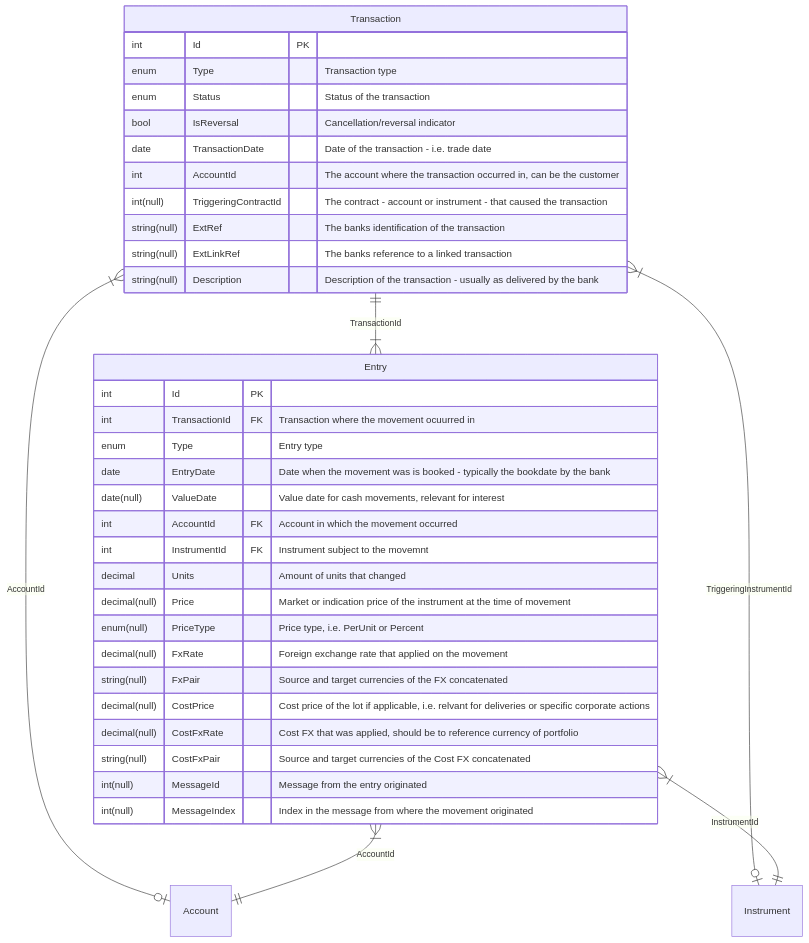
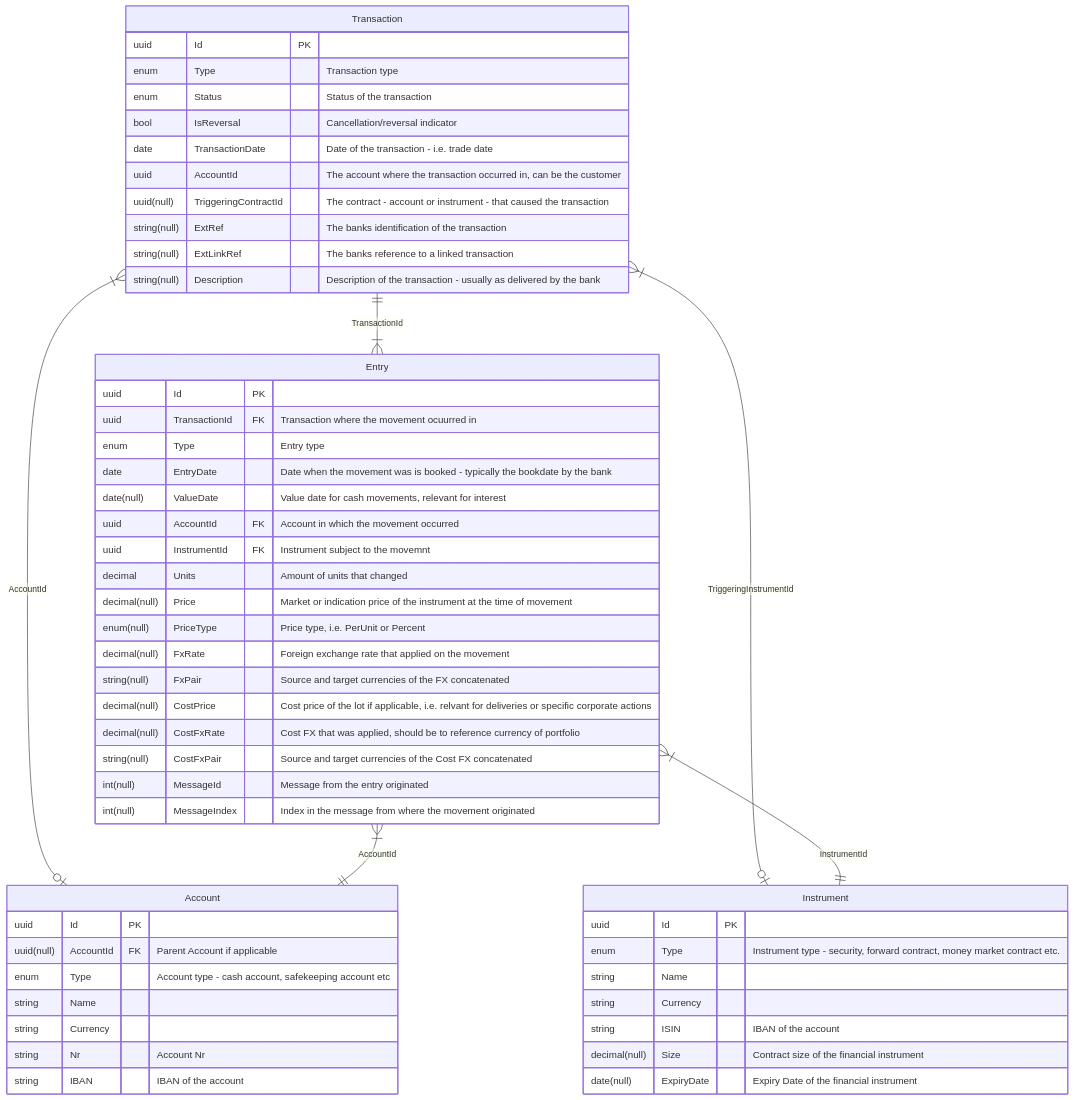
Before and after one commit to wealthledger/docu: the second of 5 diagrams in README.md, drawn with Mermaid. The commit also changed other lines of this file, not shown here.

````diff
--- a/README.md
+++ b/README.md
@@ -71,39 +71,57 @@
 ```mermaid
 erDiagram
     Transaction ||--|{ Entry : TransactionId
     Transaction }|--o| Account : AccountId
     Transaction }|--o| Instrument : TriggeringInstrumentId
     Transaction {
-        int Id PK
+        uuid Id PK
         enum Type "Transaction type"
         enum Status "Status of the transaction"
         bool IsReversal "Cancellation/reversal indicator"
         date TransactionDate "Date of the transaction - i.e. trade date"
-        int AccountId "The account where the transaction occurred in, can be the customer"
-        int(null) TriggeringContractId "The contract - account or instrument - that caused the transaction"
+        uuid AccountId "The account where the transaction occurred in, can be the customer"
+        uuid(null) TriggeringContractId "The contract - account or instrument - that caused the transaction"
         string(null) ExtRef "The banks identification of the transaction"
         string(null) ExtLinkRef "The banks reference to a linked transaction"
         string(null) Description "Description of the transaction - usually as delivered by the bank"
     }
     Entry }|--|| Account : AccountId
     Entry }|--|| Instrument : InstrumentId
     Entry {
-        int Id PK
-        int TransactionId FK "Transaction where the movement ocuurred in"
+        uuid Id PK
+        uuid TransactionId FK "Transaction where the movement ocuurred in"
         enum Type "Entry type"
         date EntryDate "Date when the movement was is booked - typically the bookdate by the bank"
         date(null) ValueDate "Value date for cash movements, relevant for interest"
-        int AccountId FK "Account in which the movement occurred"
-        int InstrumentId FK "Instrument subject to the movemnt"
+        uuid AccountId FK "Account in which the movement occurred"
+        uuid InstrumentId FK "Instrument subject to the movemnt"
         decimal Units "Amount of units that changed"
         decimal(null) Price "Market or indication price of the instrument at the time of movement"
         enum(null) PriceType "Price type, i.e. PerUnit or Percent"
         decimal(null) FxRate "Foreign exchange rate that applied on the movement"
         string(null) FxPair "Source and target currencies of the FX concatenated"
         decimal(null) CostPrice "Cost price of the lot if applicable, i.e. relvant for deliveries or specific corporate actions"
         decimal(null) CostFxRate "Cost FX that was applied, should be to reference currency of portfolio"
         string(null) CostFxPair "Source and target currencies of the Cost FX concatenated"
         int(null) MessageId "Message from the entry originated"
         int(null) MessageIndex "Index in the message from where the movement originated"
     }
+    Account {
+        uuid Id PK
+        uuid(null) AccountId FK "Parent Account if applicable"
+        enum Type "Account type - cash account, safekeeping account etc"
+        string Name
+        string Currency
+        string Nr "Account Nr"
+        string IBAN "IBAN of the account"
+    }
+    Instrument {
+        uuid Id PK
+        enum Type "Instrument type - security, forward contract, money market contract etc."
+        string Name
+        string Currency
+        string ISIN "IBAN of the account"
+        decimal(null) Size "Contract size of the financial instrument"
+        date(null) ExpiryDate "Expiry Date of the financial instrument"
+    }
 ```
````
